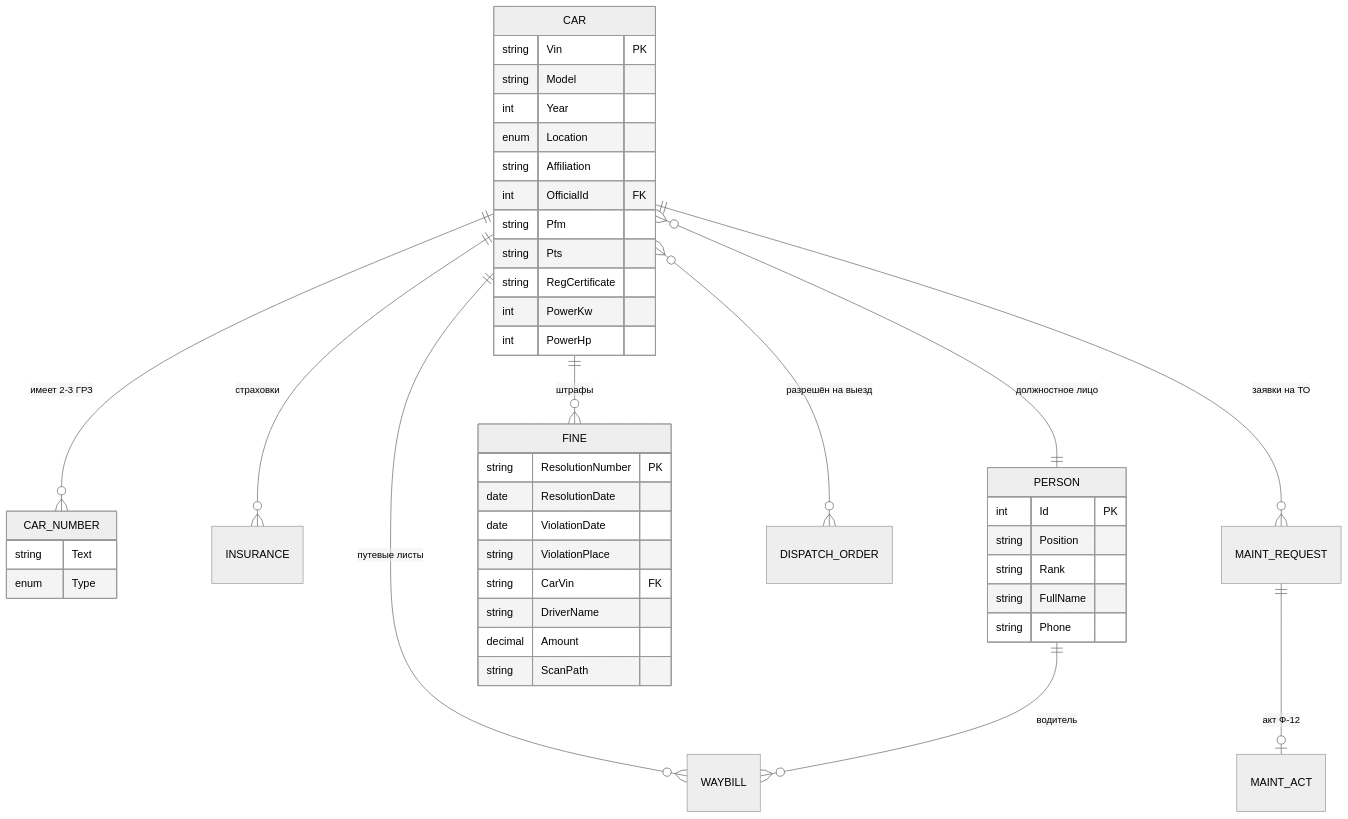
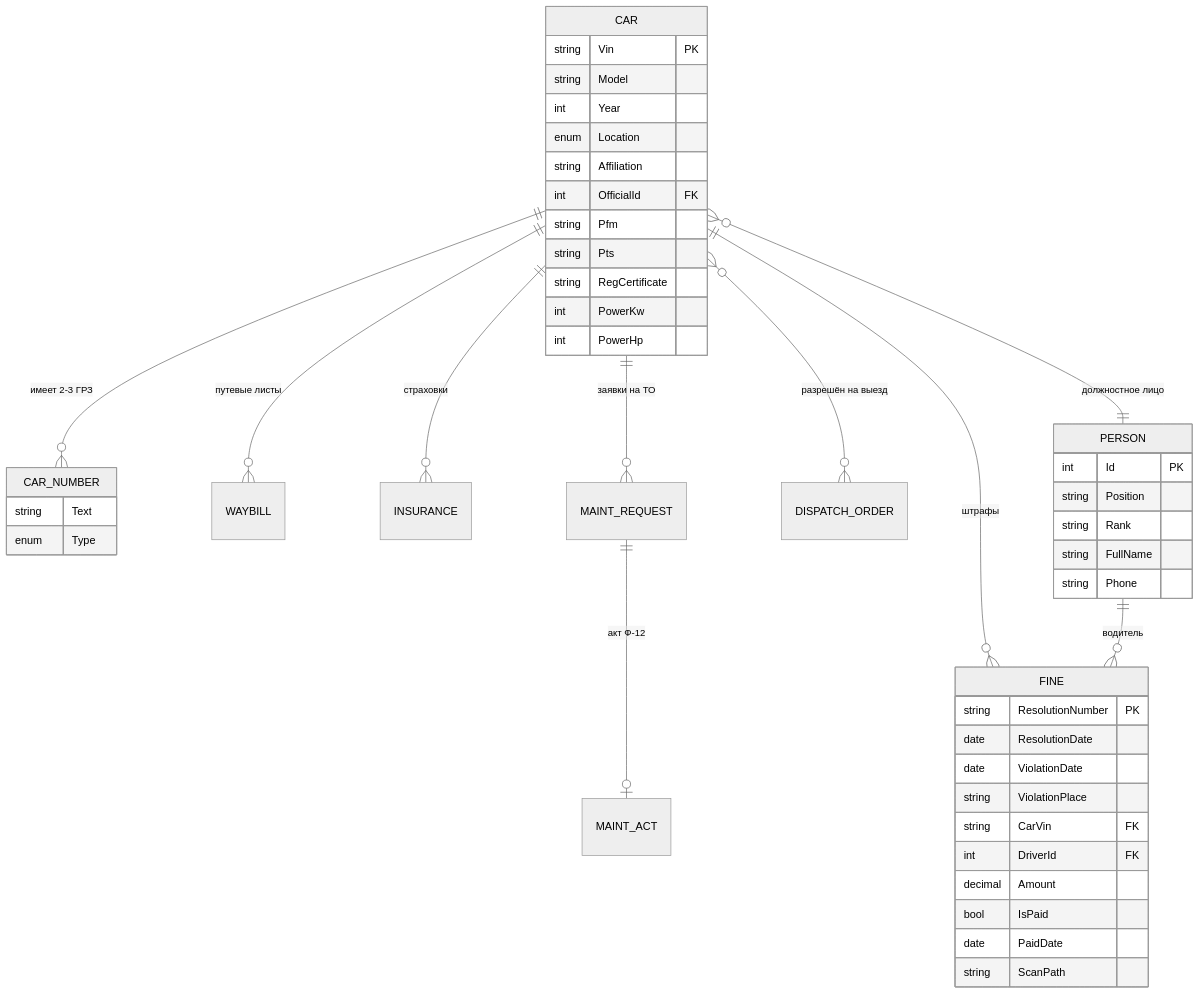
The first of 2 diagrams in docs/DESIGN.md (Rudzeris/ParkApp), drawn with Mermaid (neutral theme) before and after one commit. The commit also changed other lines of this file and 12 other files, not shown here.

````diff
--- a/docs/DESIGN.md
+++ b/docs/DESIGN.md
@@ -69,48 +69,50 @@
 ```mermaid
 erDiagram
     CAR ||--o{ CAR_NUMBER      : "имеет 2-3 ГРЗ"
     CAR ||--o{ WAYBILL         : "путевые листы"
     CAR ||--o{ INSURANCE       : "страховки"
     CAR ||--o{ MAINT_REQUEST   : "заявки на ТО"
     CAR ||--o{ FINE            : "штрафы"
     CAR }o--o{ DISPATCH_ORDER  : "разрешён на выезд"
     CAR }o--|| PERSON          : "должностное лицо"
+    PERSON ||--o{ FINE         : "водитель"
     MAINT_REQUEST ||--o| MAINT_ACT : "акт Ф-12"
-    PERSON ||--o{ WAYBILL      : "водитель"
 
     PERSON {
         int Id PK
         string Position
         string Rank
         string FullName
         string Phone
     }
 
     CAR {
         string Vin PK
         string Model
         int Year
         enum Location
         string Affiliation
         int OfficialId FK
         string Pfm
         string Pts
         string RegCertificate
         int PowerKw
         int PowerHp
     }
     CAR_NUMBER {
         string Text
         enum Type
     }
     FINE {
         string ResolutionNumber PK
         date ResolutionDate
         date ViolationDate
         string ViolationPlace
         string CarVin FK
-        string DriverName
+        int DriverId FK
         decimal Amount
+        bool IsPaid
+        date PaidDate
         string ScanPath
     }
 ```
````
